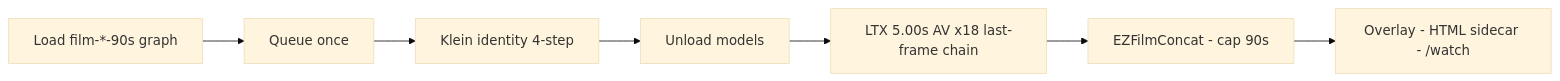
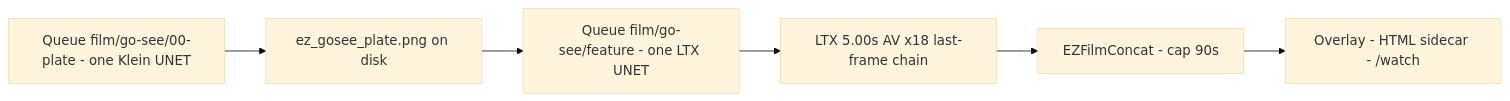
Before and after one commit to toxicoder/ez-comfy-stack: the diagram in docs/shorts.mdx, drawn with Mermaid (base theme). The commit also changed other lines of this file and 113 other files, not shown here.

First line of the commit message:
feat: split each film into a plate app and a print-pass app

````diff
--- a/docs/shorts.mdx
+++ b/docs/shorts.mdx
@@ -83,9 +83,8 @@
 ```mermaid
 flowchart LR
-  Load["Load film-*-90s graph"] --> Q["Queue once"]
-  Q --> Klein["Klein identity 4-step"]
-  Klein --> Unload["Unload models"]
-  Unload --> Shot["LTX 5.00s AV x18 last-frame chain"]
+  Plate["Queue film/go-see/00-plate - one Klein UNET"] --> PNG["ez_gosee_plate.png on disk"]
+  PNG --> Q["Queue film/go-see/feature - one LTX UNET"]
+  Q --> Shot["LTX 5.00s AV x18 last-frame chain"]
   Shot --> Concat["EZFilmConcat - cap 90s"]
   Concat --> Preview["Overlay - HTML sidecar - /watch"]
 ```
````
